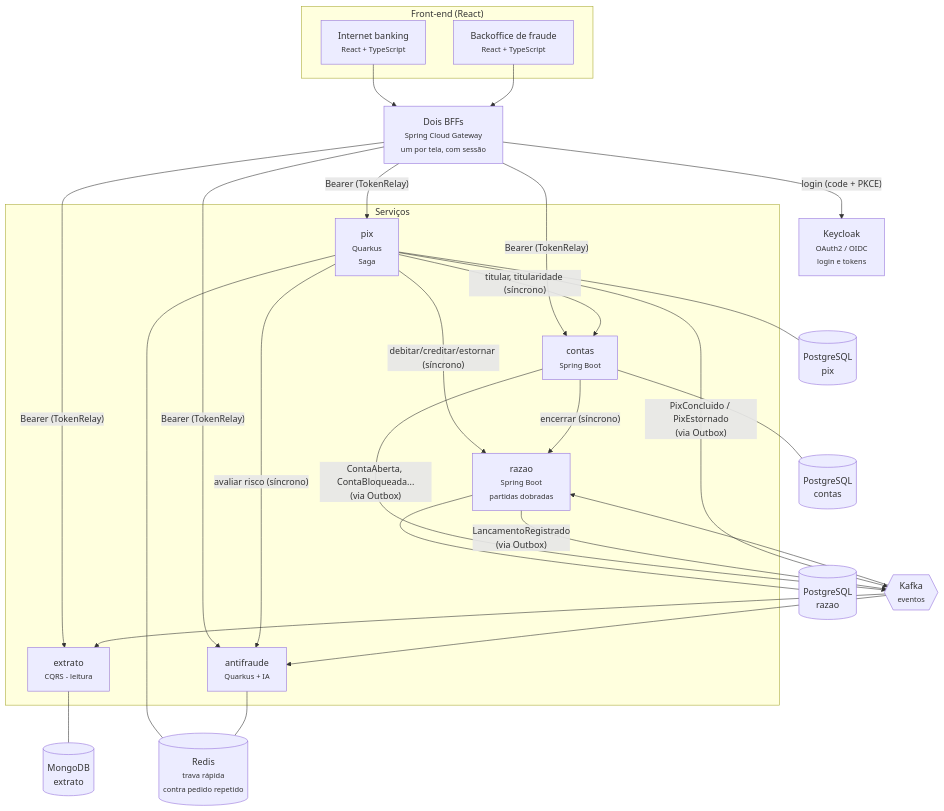
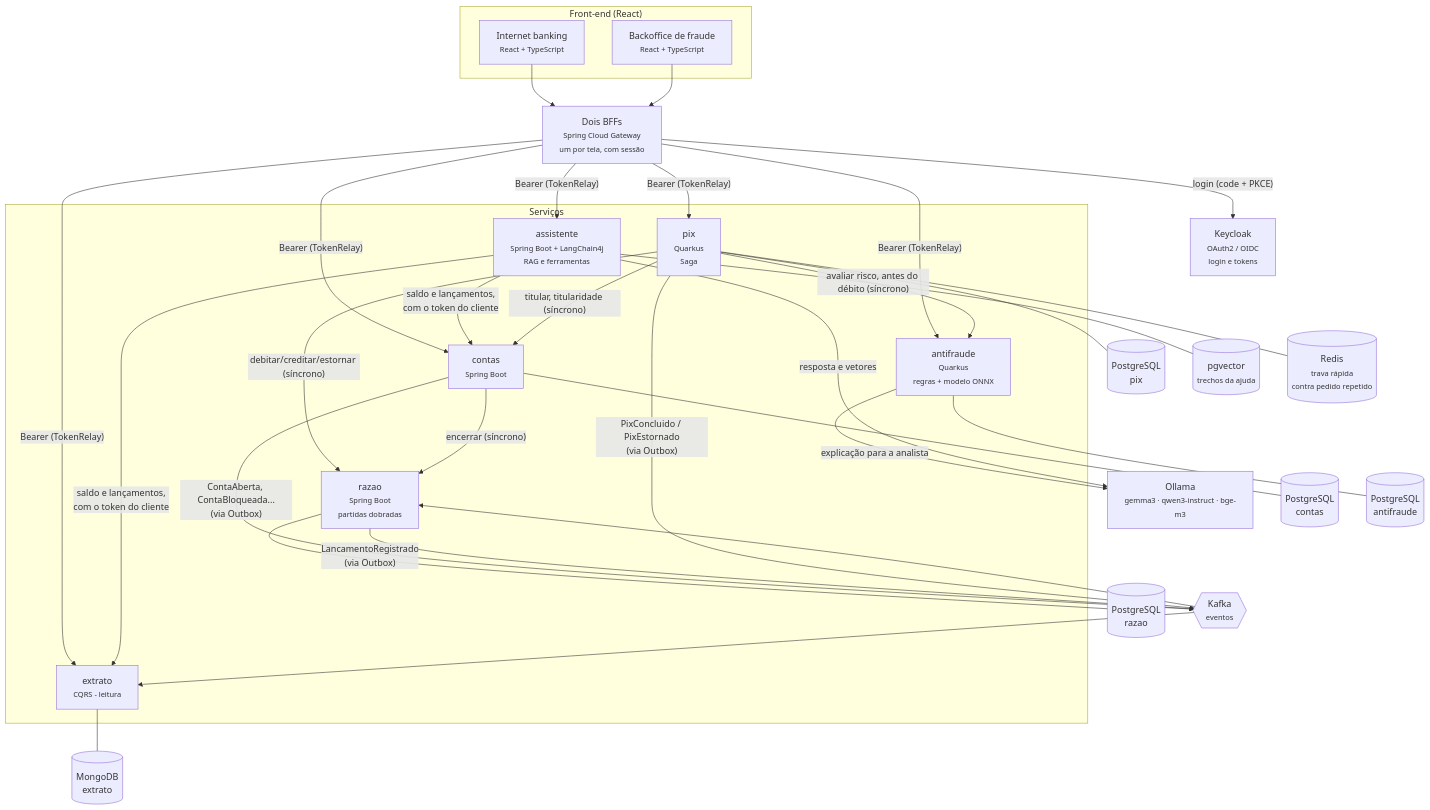
The second of 5 diagrams in docs/arquitetura/visao-geral.md (alanjoffre/ledgerly-bank), drawn with Mermaid before and after one commit. The commit also changed other lines of this file and 185 other files, not shown here.

First line of the commit message:
Fase 5 — IA aplicada (antifraude ONNX, Pix retido, explicação e assistente locais)

````diff
--- a/docs/arquitetura/visao-geral.md
+++ b/docs/arquitetura/visao-geral.md
@@ -40,48 +44,56 @@
 ```mermaid
 flowchart TB
     subgraph front["Front-end (React)"]
         web["Internet banking<br/><small>React + TypeScript</small>"]
         backoffice["Backoffice de fraude<br/><small>React + TypeScript</small>"]
     end
 
     gateway["Dois BFFs<br/><small>Spring Cloud Gateway<br/>um por tela, com sessão</small>"]
     keycloak["Keycloak<br/><small>OAuth2 / OIDC<br/>login e tokens</small>"]
 
     subgraph servicos["Serviços"]
         contas["contas<br/><small>Spring Boot</small>"]
         razao["razao<br/><small>Spring Boot<br/>partidas dobradas</small>"]
         pix["pix<br/><small>Quarkus<br/>Saga</small>"]
-        antifraude["antifraude<br/><small>Quarkus + IA</small>"]
+        antifraude["antifraude<br/><small>Quarkus<br/>regras + modelo ONNX</small>"]
         extrato["extrato<br/><small>CQRS - leitura</small>"]
+        assistente["assistente<br/><small>Spring Boot + LangChain4j<br/>RAG e ferramentas</small>"]
     end
+
+    ollama["Ollama<br/><small>gemma3 · qwen3-instruct · bge-m3</small>"]
 
     kafka{{"Kafka<br/><small>eventos</small>"}}
 
     pgContas[("PostgreSQL<br/>contas")]
     pgRazao[("PostgreSQL<br/>razao")]
     pgPix[("PostgreSQL<br/>pix")]
+    pgAntifraude[("PostgreSQL<br/>antifraude")]
+    pgvector[("pgvector<br/><small>trechos da ajuda</small>")]
     redis[("Redis<br/><small>trava rápida<br/>contra pedido repetido</small>")]
     mongo[("MongoDB<br/>extrato")]
 
     web & backoffice --> gateway
     gateway -- "login (code + PKCE)" --> keycloak
-    gateway -- "Bearer (TokenRelay)" --> contas & pix & extrato & antifraude
-    pix -- "avaliar risco (síncrono)" --> antifraude
+    gateway -- "Bearer (TokenRelay)" --> contas & pix & extrato & antifraude & assistente
+    pix -- "avaliar risco, antes do débito (síncrono)" --> antifraude
+    assistente -- "saldo e lançamentos,<br/>com o token do cliente" --> contas & extrato
+    antifraude -- "explicação para a analista" --> ollama
+    assistente -- "resposta e vetores" --> ollama
     pix -- "debitar/creditar/estornar (síncrono)" --> razao
     pix -- "titular, titularidade (síncrono)" --> contas
     contas -- "encerrar (síncrono)" --> razao
 
     contas --- pgContas
     razao --- pgRazao
     pix --- pgPix
     pix --- redis
-    antifraude --- redis
+    antifraude --- pgAntifraude
     extrato --- mongo
+    assistente --- pgvector
 
     contas -- "ContaAberta, ContaBloqueada...<br/>(via Outbox)" --> kafka
     razao -- "LancamentoRegistrado<br/>(via Outbox)" --> kafka
     pix -- "PixConcluido / PixEstornado<br/>(via Outbox)" --> kafka
     kafka --> razao
     kafka --> extrato
-    kafka --> antifraude
 ```
````
